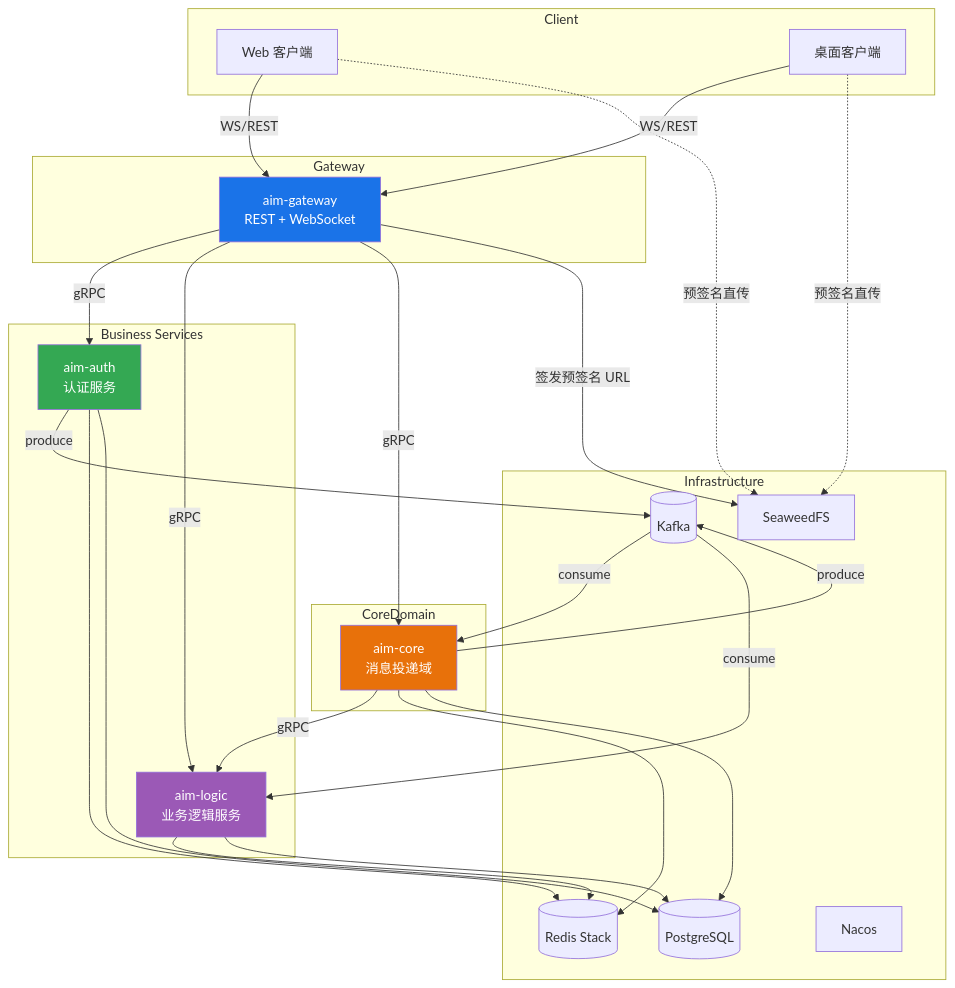
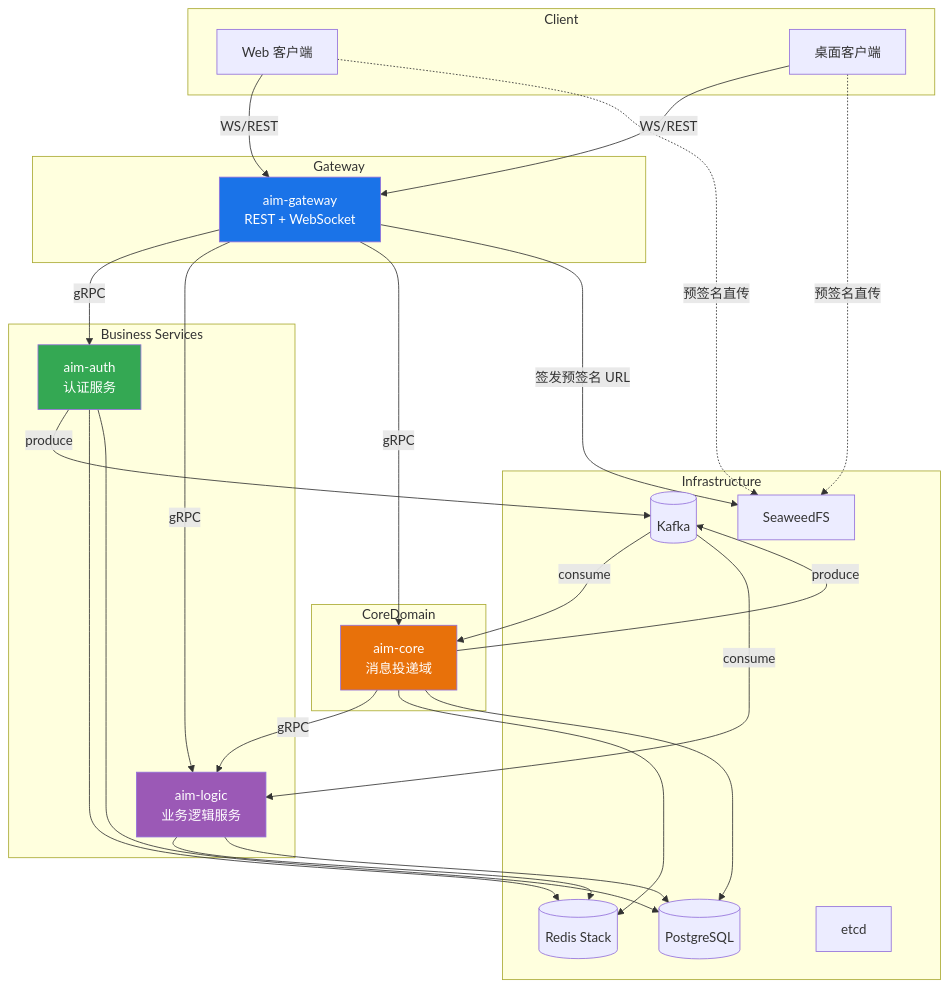
One commit to hellopoisonx/aim changed the diagram in README.md. Above: the diagram before and after it, drawn with Mermaid. The commit also changed other lines of this file and 19 other files, not shown here.

````diff
--- a/README.md
+++ b/README.md
@@ -49,44 +49,45 @@
 ```mermaid
 graph TB
     subgraph Client
         Web[Web 客户端]
         Desktop[桌面客户端]
     end
     subgraph Gateway
         GW[aim-gateway<br/>REST + WebSocket]
     end
     subgraph "Business Services"
         Auth[aim-auth<br/>认证服务]
         Logic[aim-logic<br/>业务逻辑服务]
     end
     subgraph CoreDomain
         Core[aim-core<br/>消息投递域]
     end
     subgraph Infrastructure
         Kafka[(Kafka)]
         Redis[(Redis Stack)]
         PG[(PostgreSQL)]
         SeaweedFS[SeaweedFS]
-        Nacos[Nacos]
+        Etcd[etcd]
+
     end
     Web -->|WS/REST| GW
     Desktop -->|WS/REST| GW
     GW -->|gRPC| Auth
     GW -->|gRPC| Logic
     GW -->|gRPC| Core
     Core -->|gRPC| Logic
     Core -->|produce| Kafka
     Kafka -->|consume| Core
     Auth -->|produce| Kafka
     Kafka -->|consume| Logic
     Auth --> Redis & PG
     Logic --> Redis & PG
     Core --> Redis & PG
     Web -.->|预签名直传| SeaweedFS
     Desktop -.->|预签名直传| SeaweedFS
     GW -->|签发预签名 URL| SeaweedFS
     style GW fill:#1a73e8,color:#fff
     style Core fill:#e8710a,color:#fff
     style Auth fill:#34a853,color:#fff
     style Logic fill:#9b59b6,color:#fff
 ```
````
